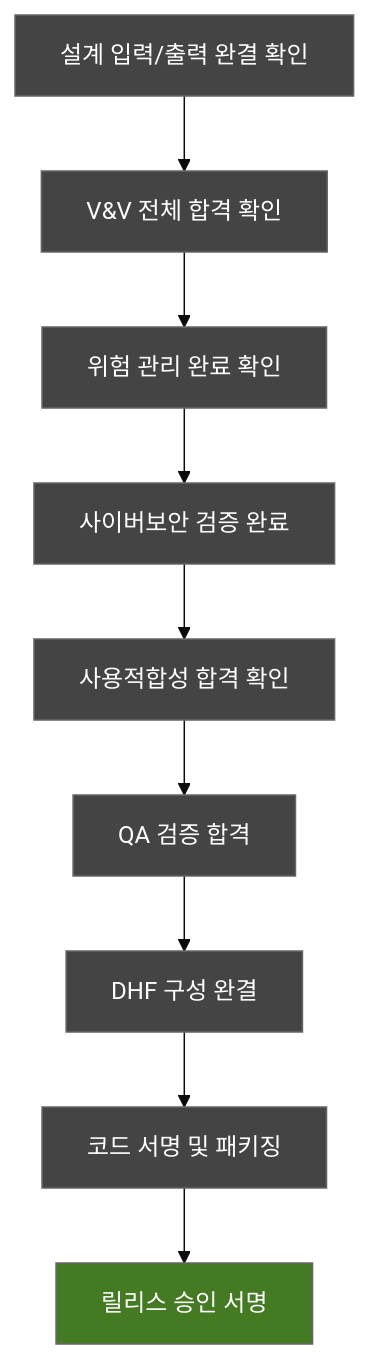
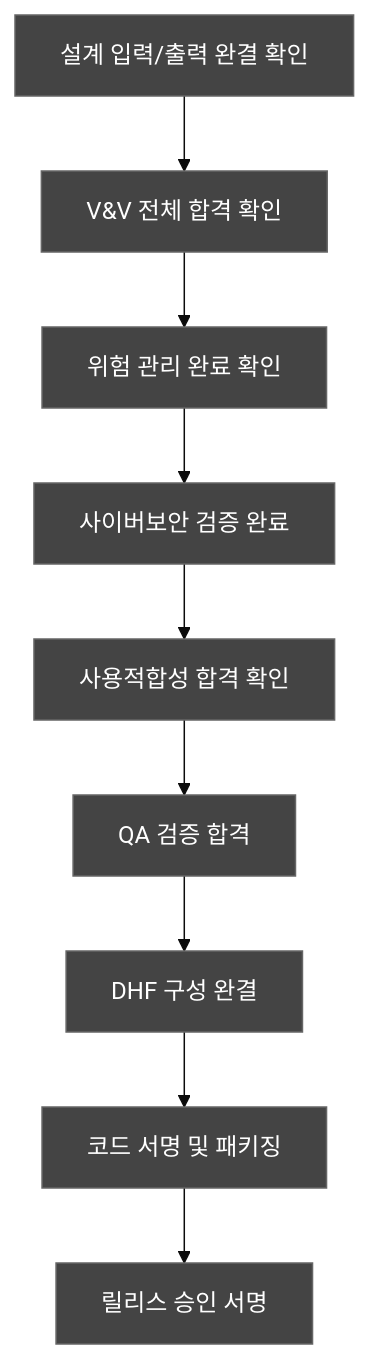
Before and after one commit to holee9/console-gui: the diagram in docs/regulatory/DOC-034_ReleaseDoc_v1.0.md, drawn with Mermaid (base theme). The commit also changed 35 other files, not shown here.

First line of the commit message:
fix: 전체 Mermaid 차트 색상 진한 회색 통일

````diff
--- a/docs/regulatory/DOC-034_ReleaseDoc_v1.0.md
+++ b/docs/regulatory/DOC-034_ReleaseDoc_v1.0.md
@@ -37,14 +37,14 @@
 ```mermaid
 flowchart TD
     classDef default fill:#444,stroke:#666,color:#fff
     A[설계 입력/출력 완결 확인] --> B[V&V 전체 합격 확인]
     B --> C[위험 관리 완료 확인]
     C --> D[사이버보안 검증 완료]
     D --> E[사용적합성 합격 확인]
     E --> F[QA 검증 합격]
     F --> G[DHF 구성 완결]
     G --> H[코드 서명 및 패키징]
     H --> I[릴리스 승인 서명]
     
-    style I fill:#437A22,color:#fff
+    style I fill:#444,color:#fff
 ```
````
